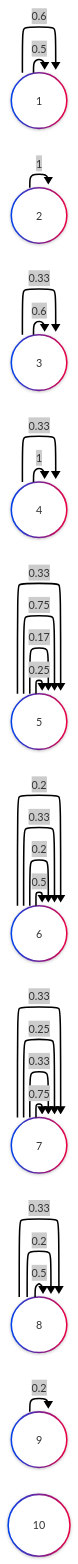
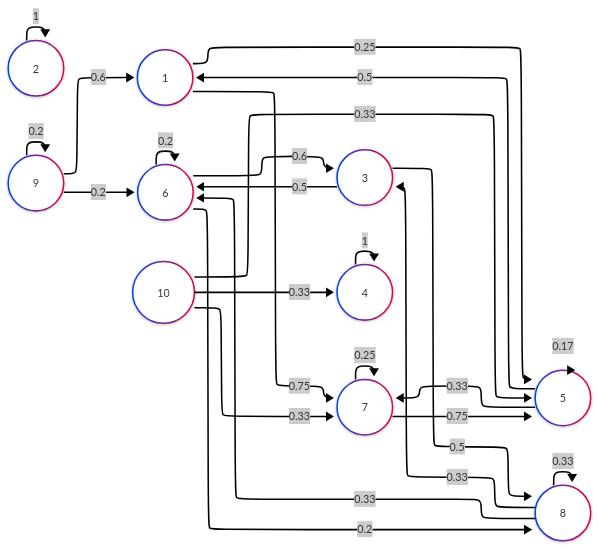
Before and after one commit to RayenB50/TI_301_PRJ_Groupe-P2_PLUS_2_8: the diagram in output/exemple_valid_step3_graphe.mmd, drawn with Mermaid. The commit also changed 6 other files, not shown here.

```diff
--- a/output/exemple_valid_step3_graphe.mmd
+++ b/output/exemple_valid_step3_graphe.mmd
@@ -1,42 +1,42 @@
 ---
 config:
   layout: elk
   theme: neo
   look: neo
 ---
 
 flowchart LR
 A((1))
 B((2))
 C((3))
 D((4))
 E((5))
 F((6))
 G((7))
 H((8))
 I((9))
 J((10))
 
-E -->|0.25|E
-G -->|0.75|G
+A -->|0.25|E
+A -->|0.75|G
 B -->|1|B
-F -->|0.5|F
-H -->|0.5|H
+C -->|0.5|F
+C -->|0.5|H
 D -->|1|D
-A -->|0.5|A
+E -->|0.5|A
 E -->|0.17|E
-G -->|0.33|G
-C -->|0.6|C
+E -->|0.33|G
+F -->|0.6|C
 F -->|0.2|F
-H -->|0.2|H
-E -->|0.75|E
+F -->|0.2|H
+G -->|0.75|E
 G -->|0.25|G
-C -->|0.33|C
-F -->|0.33|F
+H -->|0.33|C
+H -->|0.33|F
 H -->|0.33|H
-A -->|0.6|A
-F -->|0.2|F
+I -->|0.6|A
+I -->|0.2|F
 I -->|0.2|I
-D -->|0.33|D
-E -->|0.33|E
-G -->|0.33|G
+J -->|0.33|D
+J -->|0.33|E
+J -->|0.33|G
```
